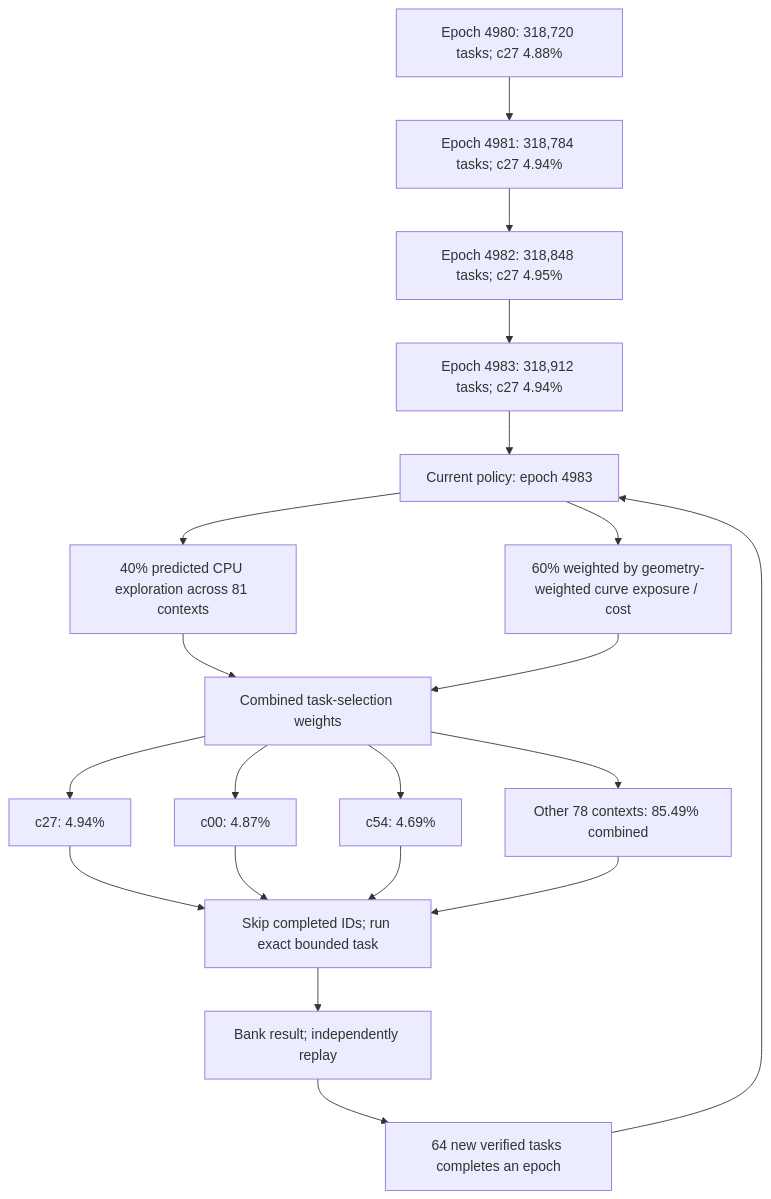
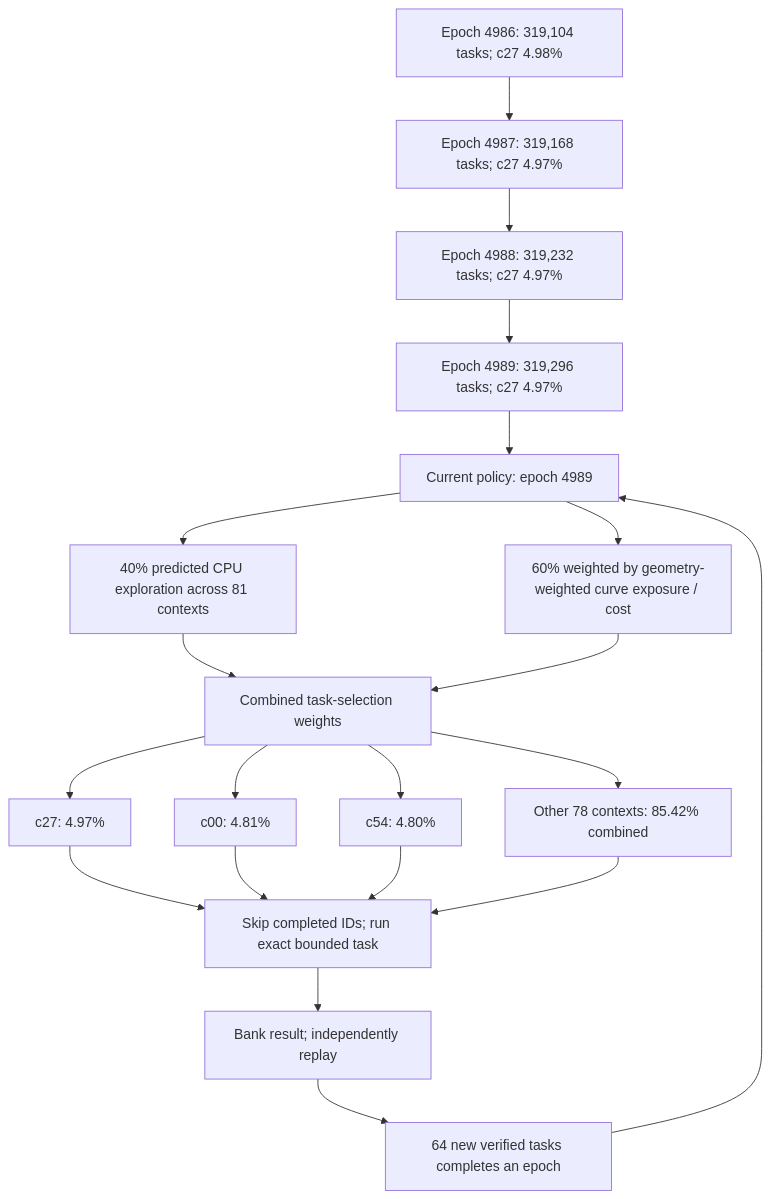
Before and after one commit to Kuberwastaken/math-gambling: the first of 3 diagrams in README.md, drawn with Mermaid. The commit also changed other lines of this file and 935 other files, not shown here.

````diff
--- a/README.md
+++ b/README.md
@@ -60,27 +60,27 @@
 ```mermaid
 flowchart TD
-    H0["Epoch 4980: 318,720 tasks; c27 4.88%"]
-    H1["Epoch 4981: 318,784 tasks; c27 4.94%"]
+    H0["Epoch 4986: 319,104 tasks; c27 4.98%"]
+    H1["Epoch 4987: 319,168 tasks; c27 4.97%"]
     H0 --> H1
-    H2["Epoch 4982: 318,848 tasks; c27 4.95%"]
+    H2["Epoch 4988: 319,232 tasks; c27 4.97%"]
     H1 --> H2
-    H3["Epoch 4983: 318,912 tasks; c27 4.94%"]
+    H3["Epoch 4989: 319,296 tasks; c27 4.97%"]
     H2 --> H3
-    Policy["Current policy: epoch 4983"]
+    Policy["Current policy: epoch 4989"]
     H3 --> Policy
     Policy --> Explore["40% predicted CPU exploration across 81 contexts"]
     Policy --> Cost["60% weighted by geometry-weighted curve exposure / cost"]
     Explore --> Mix["Combined task-selection weights"]
     Cost --> Mix
-    Mix --> C0["c27: 4.94%"]
-    Mix --> C1["c00: 4.87%"]
-    Mix --> C2["c54: 4.69%"]
-    Mix --> Rest["Other 78 contexts: 85.49% combined"]
+    Mix --> C0["c27: 4.97%"]
+    Mix --> C1["c00: 4.81%"]
+    Mix --> C2["c54: 4.80%"]
+    Mix --> Rest["Other 78 contexts: 85.42% combined"]
     C0 --> Check["Skip completed IDs; run exact bounded task"]
     C1 --> Check
     C2 --> Check
     Rest --> Check
     Check --> Replay["Bank result; independently replay"]
     Replay --> Gate["64 new verified tasks completes an epoch"]
     Gate --> Policy
 ```
````
